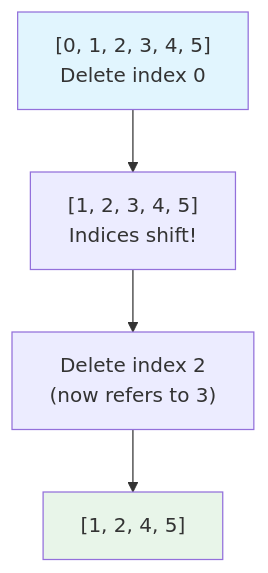
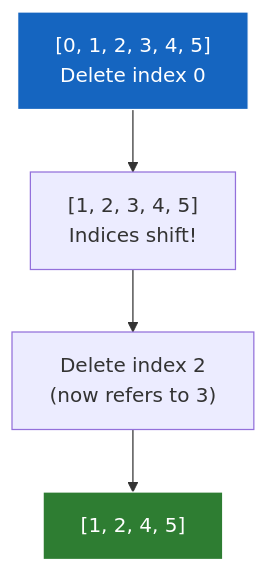
Before and after one commit to specialized806/jaseci: the third of 3 diagrams in jac/examples/reference/delete_statements.md, drawn with Mermaid. The commit also changed other lines of this file and 13 other files, not shown here.

Commit message:
imporve spec diagram styles

````diff
--- a/jac/examples/reference/delete_statements.md
+++ b/jac/examples/reference/delete_statements.md
@@ -96,8 +96,8 @@
 ```mermaid
 graph TD
     A["[0, 1, 2, 3, 4, 5]<br/>Delete index 0"] --> B["[1, 2, 3, 4, 5]<br/>Indices shift!"]
     B --> C["Delete index 2<br/>(now refers to 3)"] --> D["[1, 2, 4, 5]"]
 
-    style A fill:#e1f5fe
-    style D fill:#e8f5e9
+    style A fill:#1565c0,stroke:#fff,color:#fff
+    style D fill:#2e7d32,stroke:#fff,color:#fff
 ```
````
